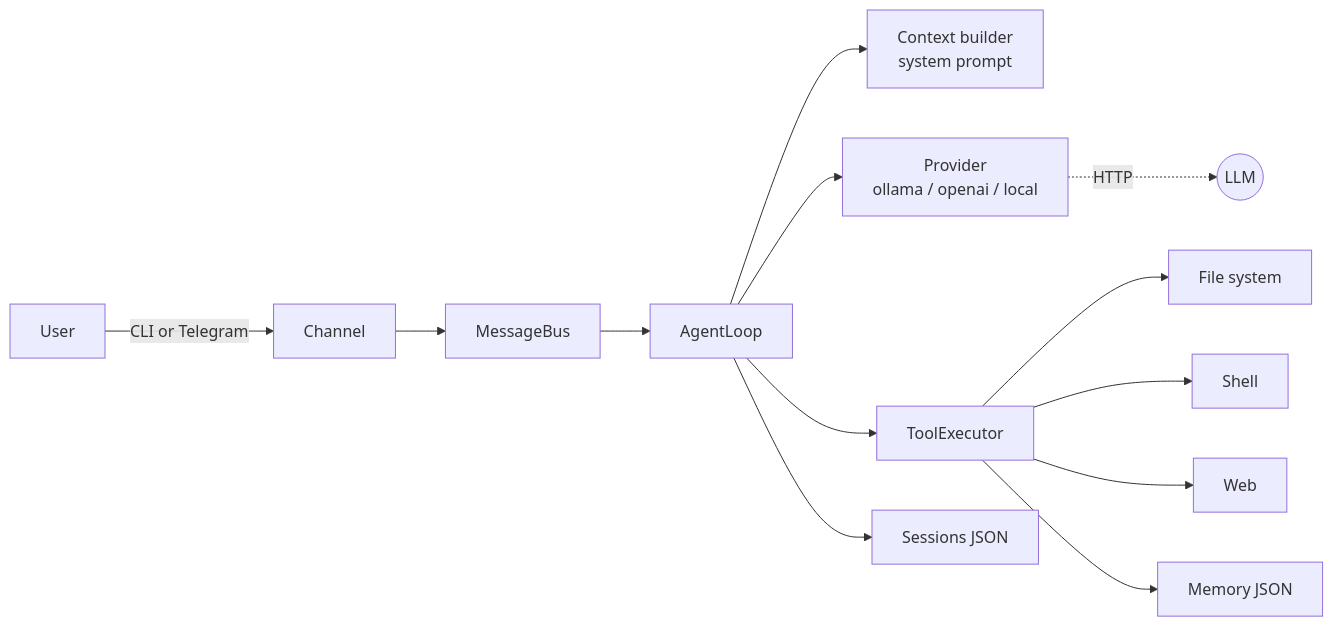
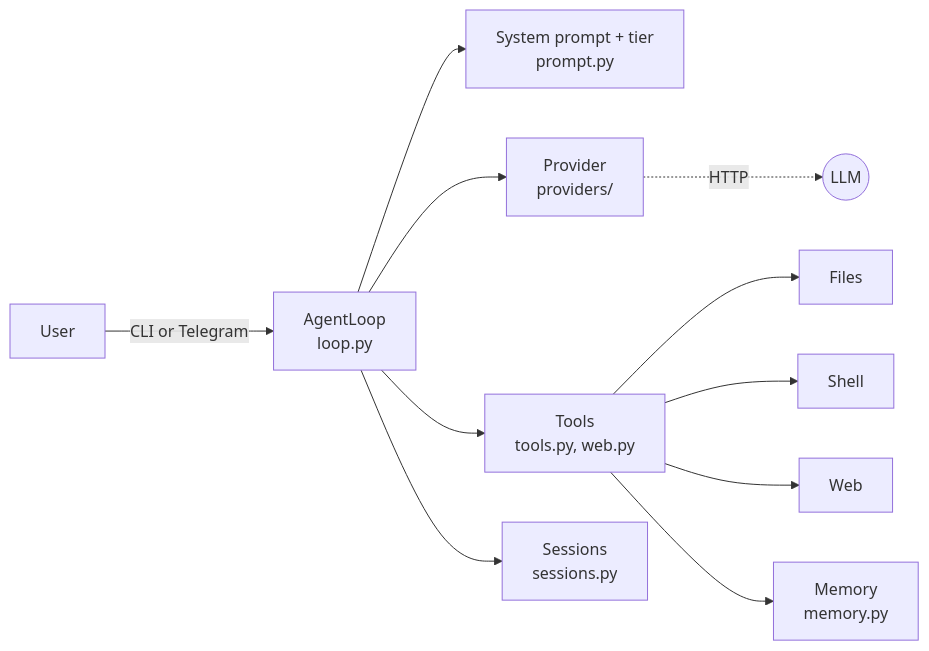
One commit to mohsinkaleem/agent-mini changed the diagram in docs/TECHNICAL_IMPLEMENTATION.md. Above: the diagram before and after it, drawn with Mermaid. The commit also changed other lines of this file and 107 other files, not shown here.

````diff
--- a/docs/TECHNICAL_IMPLEMENTATION.md
+++ b/docs/TECHNICAL_IMPLEMENTATION.md
@@ -18,15 +11,10 @@
 ```mermaid
 flowchart LR
-    U[User] -->|CLI or Telegram| CH[Channel]
-    CH --> BUS[MessageBus]
-    BUS --> LOOP[AgentLoop]
-    LOOP --> CTX[Context builder<br/>system prompt]
-    LOOP --> PROV[Provider<br/>ollama / openai / local]
-    LOOP --> TE[ToolExecutor]
-    TE --> FS[File system]
-    TE --> SH[Shell]
-    TE --> WEB[Web]
-    TE --> MEM[Memory JSON]
-    LOOP --> SES[Sessions JSON]
+    U[User] -->|CLI or Telegram| LOOP[AgentLoop<br/>loop.py]
+    LOOP --> PROMPT[System prompt + tier<br/>prompt.py]
+    LOOP --> PROV[Provider<br/>providers/]
+    LOOP --> TOOLS[Tools<br/>tools.py, web.py]
+    TOOLS --> FS[Files] & SH[Shell] & WEB[Web] & MEM[Memory<br/>memory.py]
+    LOOP --> SES[Sessions<br/>sessions.py]
     PROV -.HTTP.-> LLM((LLM))
 ```
````
